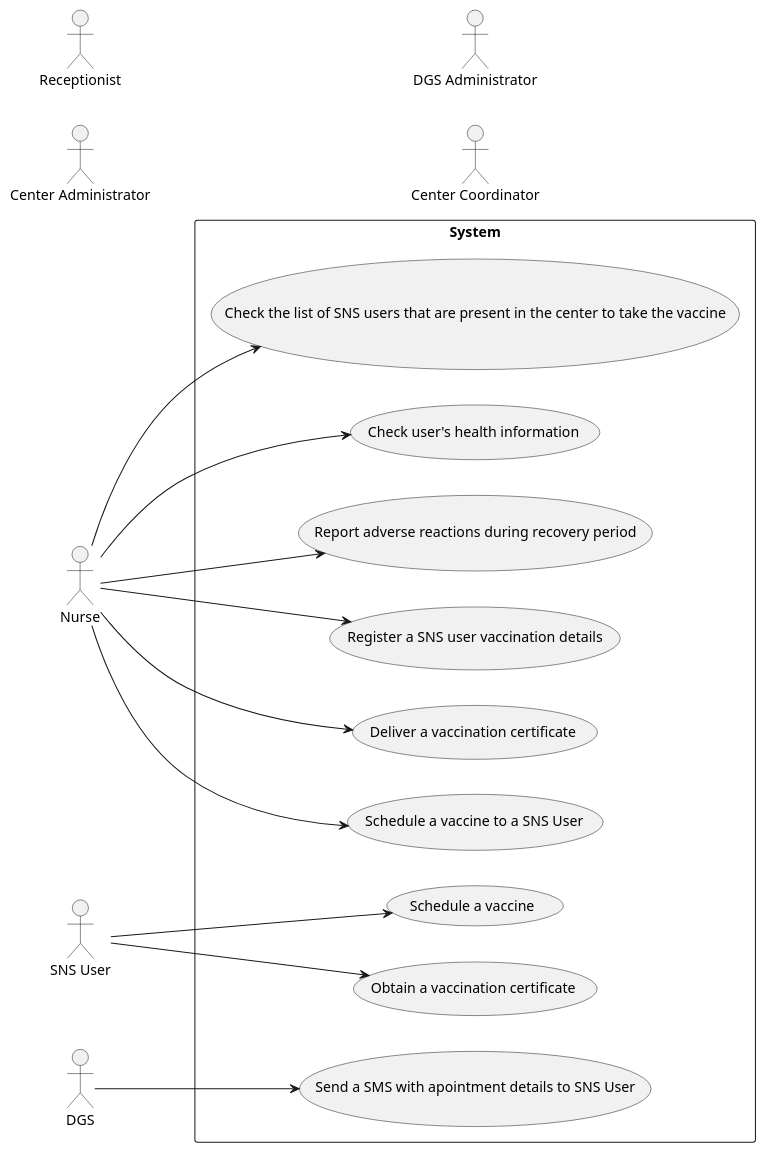
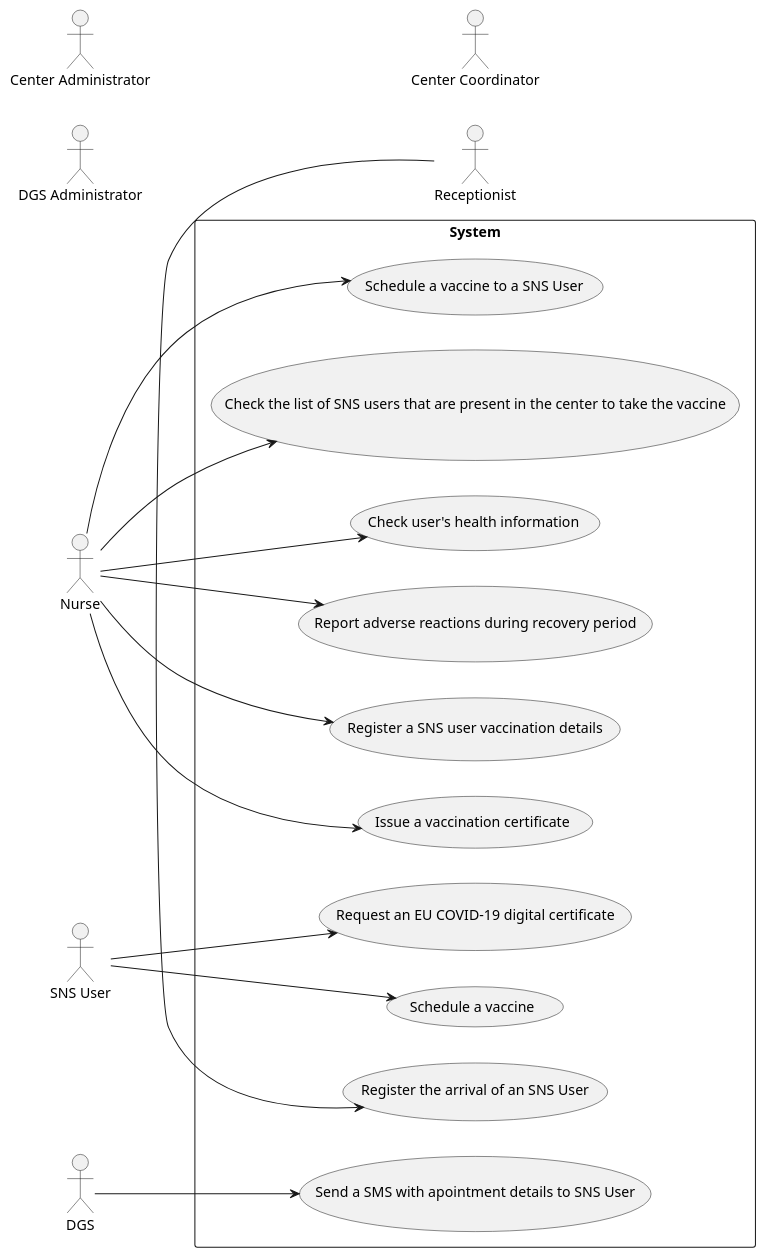
One commit to miseEnPlace-i/lapr2 changed the diagram in docs/SprintA/UCD.puml. Above: the diagram before and after it, drawn with PlantUML.

Commit message:
add use case 10

```diff
--- a/docs/SprintA/UCD.puml
+++ b/docs/SprintA/UCD.puml
@@ -1,36 +1,39 @@
 @startuml UCD
 
 left to right direction
 
 actor "SNS User" as user
 actor "Nurse" as nurse
 actor "Receptionist" as recept
 actor "Center Administrator" as cadmin
 actor "DGS Administrator" as dgsadmin
 actor "Center Coordinator" as coordinator
 actor "DGS" as dgs
 
 rectangle System {
-  usecase "Schedule a vaccine" as UC1
-  usecase "Obtain a vaccination certificate" as UC2
-  usecase "Send a SMS with apointment details to SNS User" as UC3
-  usecase "Deliver a vaccination certificate" as UC4  
-  usecase "Schedule a vaccine to a SNS User" as UC5
-  usecase "Check the list of SNS users that are present in the center to take the vaccine" as UC6
-  usecase "Check user's health information" as UC7
-  usecase "Report adverse reactions during recovery period" as UC8
-  usecase "Register a SNS user vaccination details" as UC9
-  
+  usecase "Register the arrival of an SNS User" as UC10
+  usecase "Schedule a vaccine" as UC01
+  usecase "Request an EU COVID-19 digital certificate" as UC02
+  usecase "Send a SMS with apointment details to SNS User" as UC03
+  usecase "Issue a vaccination certificate" as UC04
+  usecase "Schedule a vaccine to a SNS User" as UC05
+  usecase "Check the list of SNS users that are present in the center to take the vaccine" as UC06
+  usecase "Check user's health information" as UC07
+  usecase "Report adverse reactions during recovery period" as UC08
+  usecase "Register a SNS user vaccination details" as UC09
+
 }
 
-user --> UC1
-user --> UC2
-dgs --> UC3
-nurse --> UC4
-nurse --> UC5
-nurse --> UC6
-nurse --> UC7
-nurse --> UC8
-nurse -> UC9
+user --> UC01
+user --> UC02
+dgs --> UC03
+nurse --> UC04
+nurse --> UC05
+nurse --> UC06
+nurse --> UC07
+nurse --> UC08
+nurse -> UC09
+recept -> UC10
+
 
 @enduml
```
